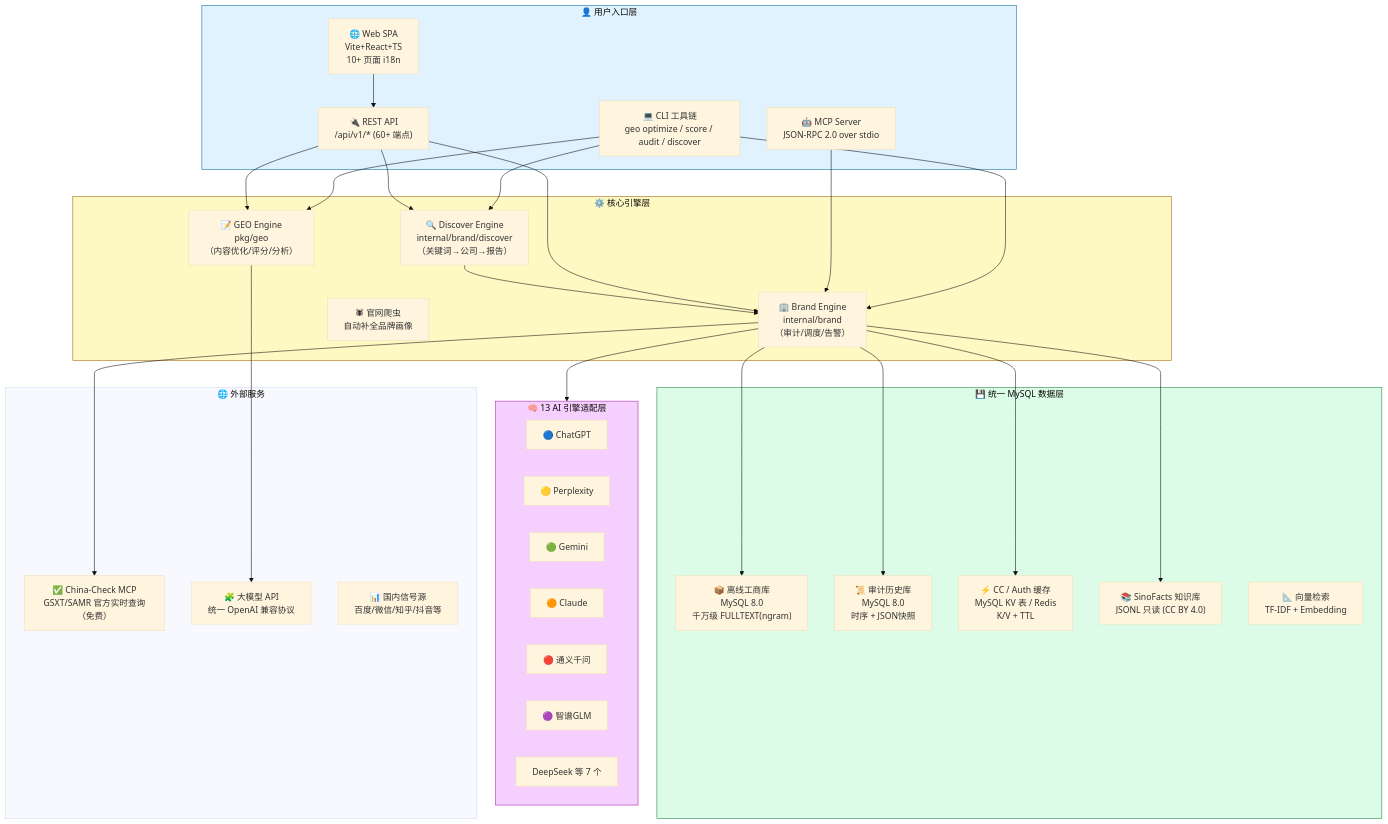
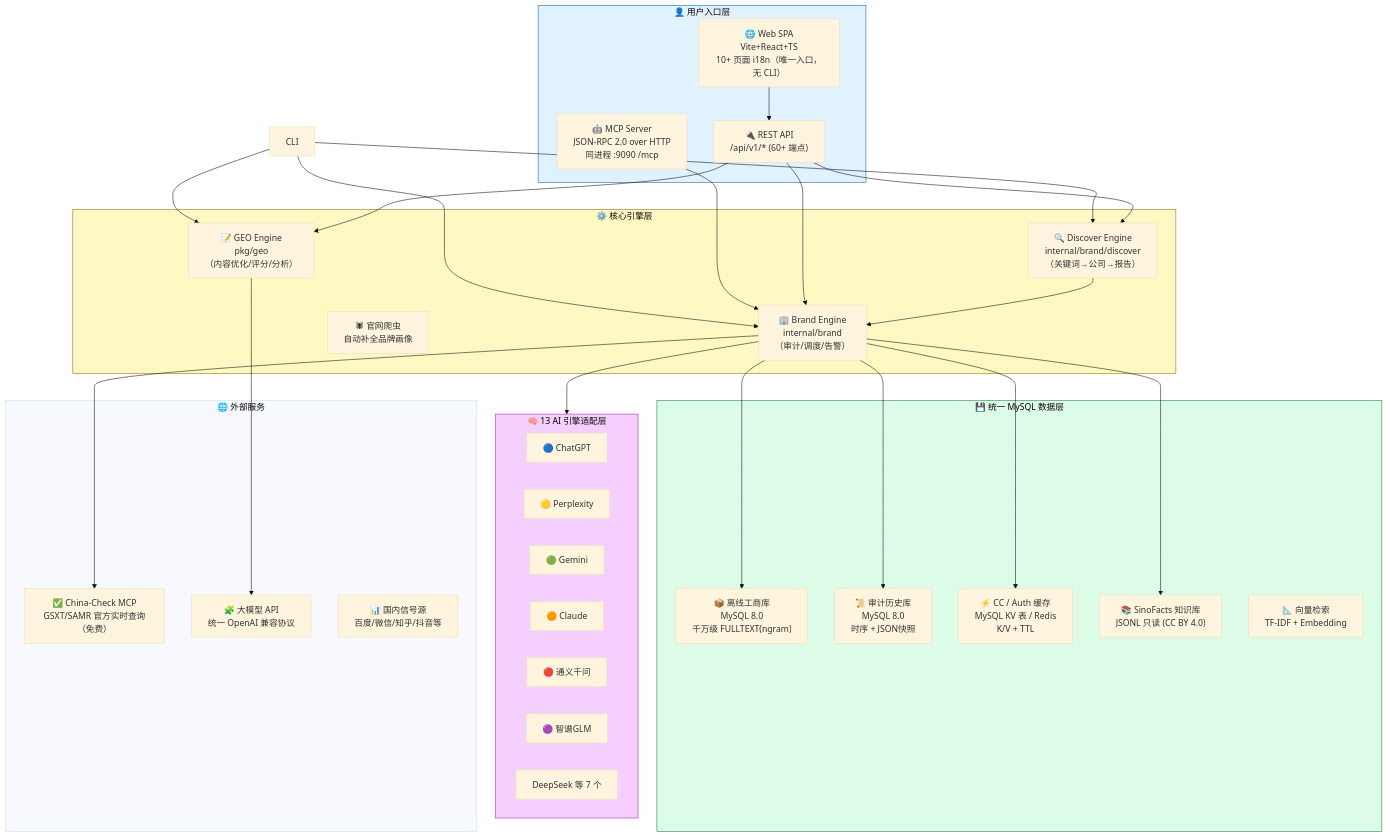
Before and after one commit to deep2code/geo: the second of 31 diagrams in docs/architecture.md, drawn with Mermaid (base theme). The commit also changed other lines of this file and 48 other files, not shown here.

````diff
--- a/docs/architecture.md
+++ b/docs/architecture.md
@@ -53,56 +53,55 @@
 ```mermaid
 graph TB
     subgraph 用户入口["👤 用户入口层"]
-        CLI["💻 CLI 工具链<br/>geo optimize / score / audit / discover"]
-        WEB["🌐 Web SPA<br/>Vite+React+TS<br/>10+ 页面 i18n"]
+        WEB["🌐 Web SPA<br/>Vite+React+TS<br/>10+ 页面 i18n（唯一入口，无 CLI）"]
         API["🔌 REST API<br/>/api/v1/* (60+ 端点)"]
-        MCP["🤖 MCP Server<br/>JSON-RPC 2.0 over stdio"]
+        MCP["🤖 MCP Server<br/>JSON-RPC 2.0 over HTTP<br/>同进程 :9090 /mcp"]
     end
 
     subgraph 核心引擎["⚙️ 核心引擎层"]
         GEO["📝 GEO Engine<br/>pkg/geo<br/>（内容优化/评分/分析）"]
         BRAND["🏢 Brand Engine<br/>internal/brand<br/>（审计/调度/告警）"]
         DISCOVER["🔍 Discover Engine<br/>internal/brand/discover<br/>（关键词→公司→报告）"]
         CRAW["🕷 官网爬虫<br/>自动补全品牌画像"]
     end
 
     subgraph AI引擎适配["🧠 13 AI 引擎适配层"]
         GPT["🔵 ChatGPT"]
         PPX["🟡 Perplexity"]
         GEM["🟢 Gemini"]
         CLD["🟠 Claude"]
         QWN["🔴 通义千问"]
         GLM["🟣 智谱GLM"]
         DSP["DeepSeek 等 7 个"]
     end
 
     subgraph 数据存储["💾 统一 MySQL 数据层"]
         OFFDB["📦 离线工商库<br/>MySQL 8.0<br/>千万级 FULLTEXT(ngram)"]
         HISDB["📜 审计历史库<br/>MySQL 8.0<br/>时序 + JSON快照"]
         CACHE["⚡ CC / Auth 缓存<br/>MySQL KV 表 / Redis<br/>K/V + TTL"]
         KB["📚 SinoFacts 知识库<br/>JSONL 只读 (CC BY 4.0)"]
         VEC["📐 向量检索<br/>TF-IDF + Embedding"]
     end
 
     subgraph 外部服务["🌐 外部服务"]
         CC["✅ China-Check MCP<br/>GSXT/SAMR 官方实时查询（免费）"]
         LLM["🧩 大模型 API<br/>统一 OpenAI 兼容协议"]
         DOM["📊 国内信号源<br/>百度/微信/知乎/抖音等"]
     end
 
     CLI --> GEO & BRAND & DISCOVER
     WEB --> API
     MCP --> BRAND
     API --> GEO & BRAND & DISCOVER
 
     GEO --> LLM
     DISCOVER --> BRAND
     BRAND --> AI引擎适配
     BRAND --> OFFDB & HISDB & CACHE & KB
     BRAND --> CC
 
     style 用户入口 fill:#e0f2fe,stroke:#0369a1
     style 核心引擎 fill:#fef9c3,stroke:#a16207
     style 数据存储 fill:#dcfce7,stroke:#15803d
     style AI引擎适配 fill:#f5d0fe,stroke:#a21caf
 ```
````
